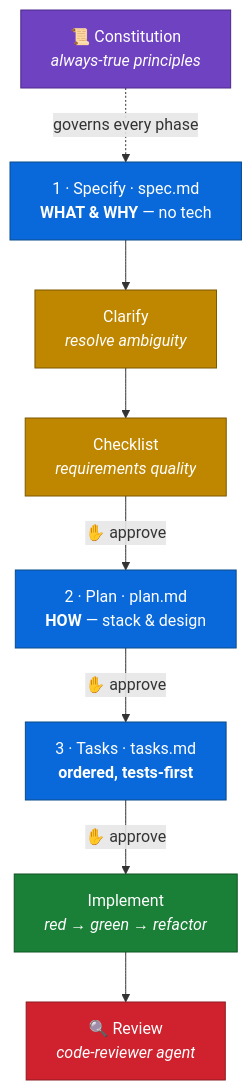
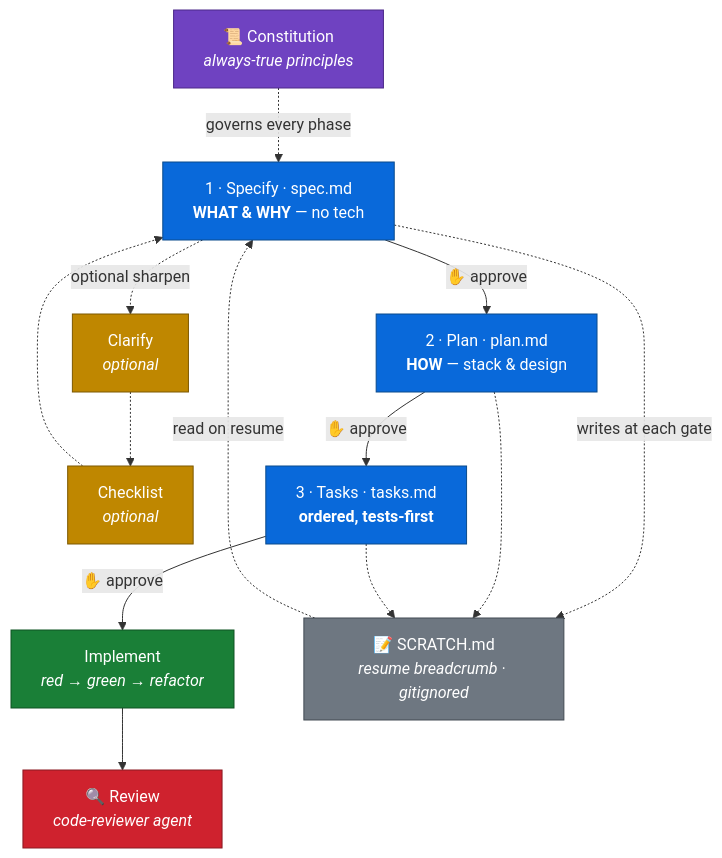
Before and after one commit to saptarshibasu/spec-driven-development: the first of 2 diagrams in README.md, drawn with Mermaid. The commit also changed other lines of this file and 36 other files, not shown here.

````diff
--- a/README.md
+++ b/README.md
@@ -26,20 +26,29 @@
 ```mermaid
 flowchart TD
     K["📜 Constitution<br/><i>always-true principles</i>"]:::gov
     S["1 · Specify · spec.md<br/><b>WHAT & WHY</b> — no tech"]:::phase
-    CL["Clarify<br/><i>resolve ambiguity</i>"]:::gate
-    CK["Checklist<br/><i>requirements quality</i>"]:::gate
+    CL["Clarify<br/><i>optional</i>"]:::gate
+    CK["Checklist<br/><i>optional</i>"]:::gate
     P["2 · Plan · plan.md<br/><b>HOW</b> — stack & design"]:::phase
     T["3 · Tasks · tasks.md<br/><b>ordered, tests-first</b>"]:::phase
     I["Implement<br/><i>red → green → refactor</i>"]:::impl
     R["🔍 Review<br/><i>code-reviewer agent</i>"]:::sensor
+    B["📝 SCRATCH.md<br/><i>resume breadcrumb · gitignored</i>"]:::scratch
 
     K -. governs every phase .-> S
-    S --> CL --> CK -->|✋ approve| P -->|✋ approve| T -->|✋ approve| I --> R
+    S -->|✋ approve| P -->|✋ approve| T -->|✋ approve| I --> R
+    S -. optional sharpen .-> CL
+    CL -.-> CK
+    CK -.-> S
+    S -. writes at each gate .-> B
+    P -.-> B
+    T -.-> B
+    B -. read on resume .-> S
 
     classDef gov fill:#6f42c1,color:#fff,stroke:#4c2889
     classDef phase fill:#0969da,color:#fff,stroke:#0a4b8c
     classDef gate fill:#bf8700,color:#fff,stroke:#7d5800
     classDef impl fill:#1a7f37,color:#fff,stroke:#0f5323
     classDef sensor fill:#cf222e,color:#fff,stroke:#8b1a22
+    classDef scratch fill:#6e7781,color:#fff,stroke:#424a53
 ```
````
